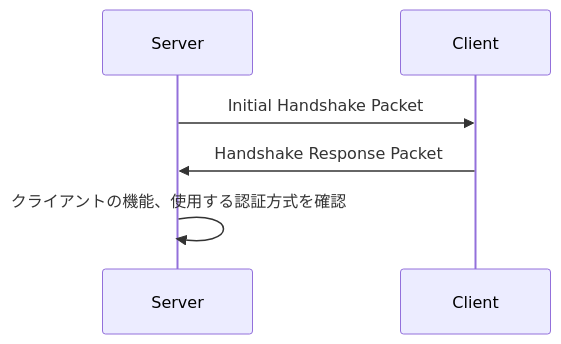
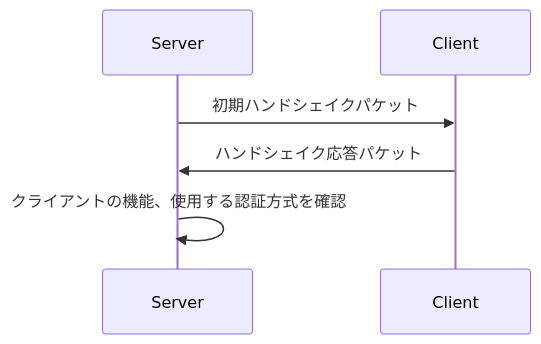
One commit to ren-yamanashi/minesql changed the third of 6 diagrams in docs/architecture/server/protocol/life-cycle.md. Above: the diagram before and after it, drawn with Mermaid. The commit also changed other lines of this file and 1 other file, not shown here.

````diff
--- a/docs/architecture/server/protocol/life-cycle.md
+++ b/docs/architecture/server/protocol/life-cycle.md
@@ -79,7 +79,7 @@
 ```mermaid
 sequenceDiagram
-Server->>Client: Initial Handshake Packet
-Client->>Server: Handshake Response Packet
+Server->>Client: 初期ハンドシェイクパケット
+Client->>Server: ハンドシェイク応答パケット
 Server->>Server: クライアントの機能、使用する認証方式を確認
 
 ```
````
